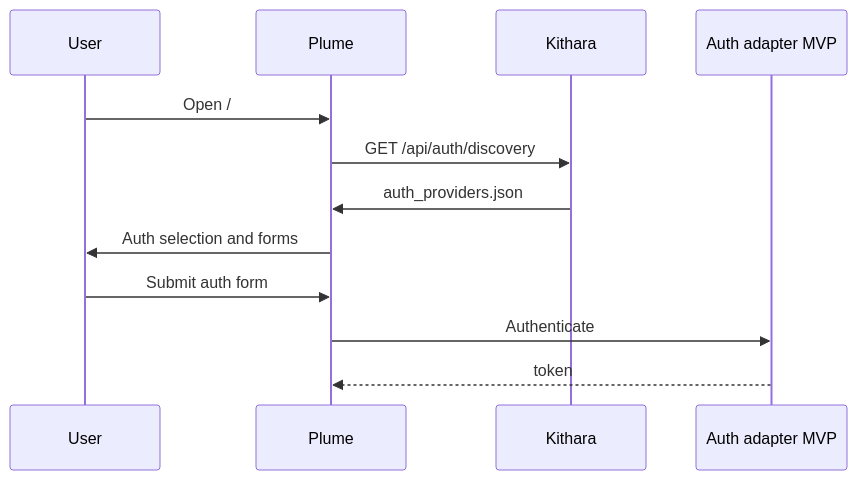
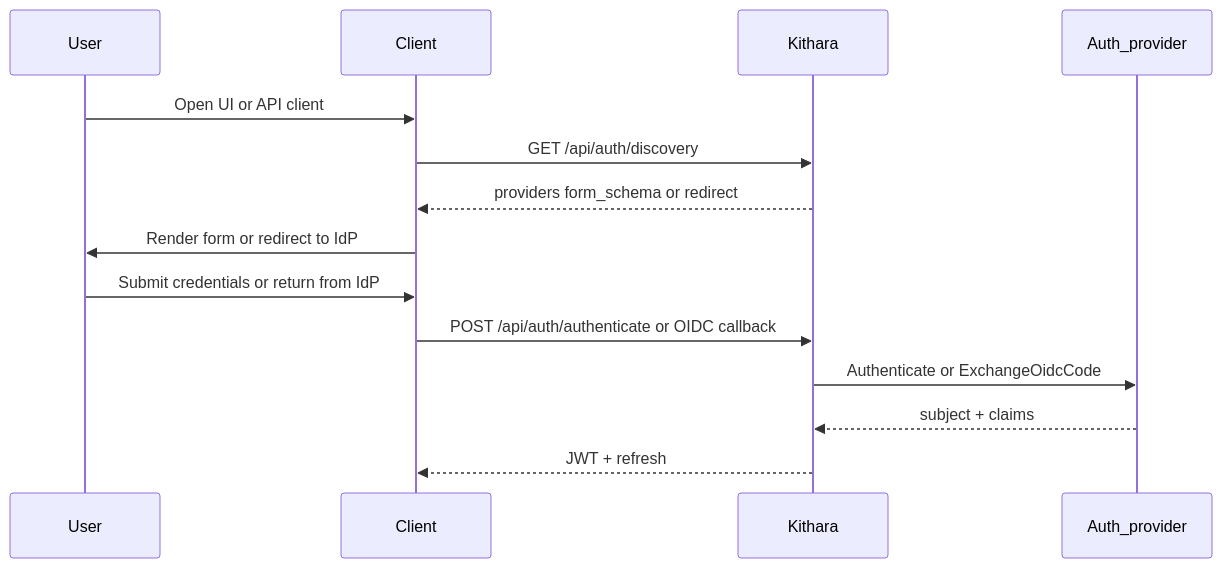
The third of 3 diagrams in profile/docs/architecture/04-user-journeys.md (Bardie-radio/.github), drawn with Mermaid before and after one commit. The commit also changed other lines of this file and 13 other files, not shown here.

Commit message:
Refactor architecture documentation to clarify audio processing and module interactions.

````diff
--- a/profile/docs/architecture/04-user-journeys.md
+++ b/profile/docs/architecture/04-user-journeys.md
@@ -41,15 +41,17 @@
 ```mermaid
 sequenceDiagram
   participant User
-  participant Plume
+  participant Client
   participant Kithara
-  participant Auth as Auth adapter MVP
+  participant Provider as Auth_provider
 
-  User->>Plume: Open /
-  Plume->>Kithara: GET /api/auth/discovery
-  Kithara->>Plume: auth_providers.json
-  Plume->>User: Auth selection and forms
-  User->>Plume: Submit auth form
-  Plume->>Auth: Authenticate
-  Auth-->>Plume: token
+  User->>Client: Open UI or API client
+  Client->>Kithara: GET /api/auth/discovery
+  Kithara-->>Client: providers form_schema or redirect
+  Client->>User: Render form or redirect to IdP
+  User->>Client: Submit credentials or return from IdP
+  Client->>Kithara: POST /api/auth/authenticate or OIDC callback
+  Kithara->>Provider: Authenticate or ExchangeOidcCode
+  Provider-->>Kithara: subject + claims
+  Kithara-->>Client: JWT + refresh
 ```
````
